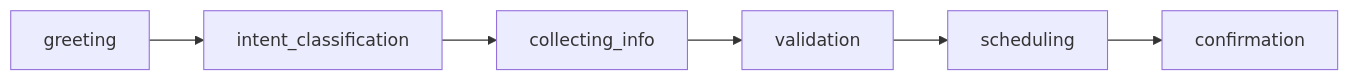
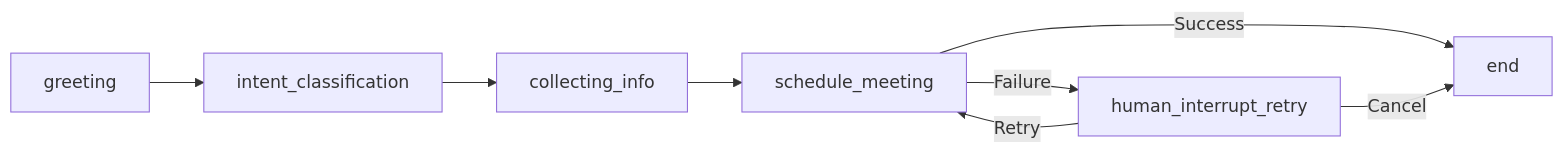
The diagram in src/meetingmuse/docs/state_progression.md (thisisarjun/meetingmuse), drawn with Mermaid before and after one commit. The commit also changed other lines of this file and 7 other files, not shown here.

Commit message:
feat: implement human interrupt retry node and update scheduling logic

````diff
--- a/src/meetingmuse/docs/state_progression.md
+++ b/src/meetingmuse/docs/state_progression.md
@@ -114,8 +247,10 @@
 ```mermaid
 graph LR
     A[greeting] --> B[intent_classification]
     B --> C[collecting_info]
-    C --> D[validation]
-    D --> E[scheduling]
-    E --> F[confirmation]
+    C --> D[schedule_meeting]
+    D -->|Success| E[end]
+    D -->|Failure| F[human_interrupt_retry]
+    F -->|Retry| D
+    F -->|Cancel| E
 ```
````
